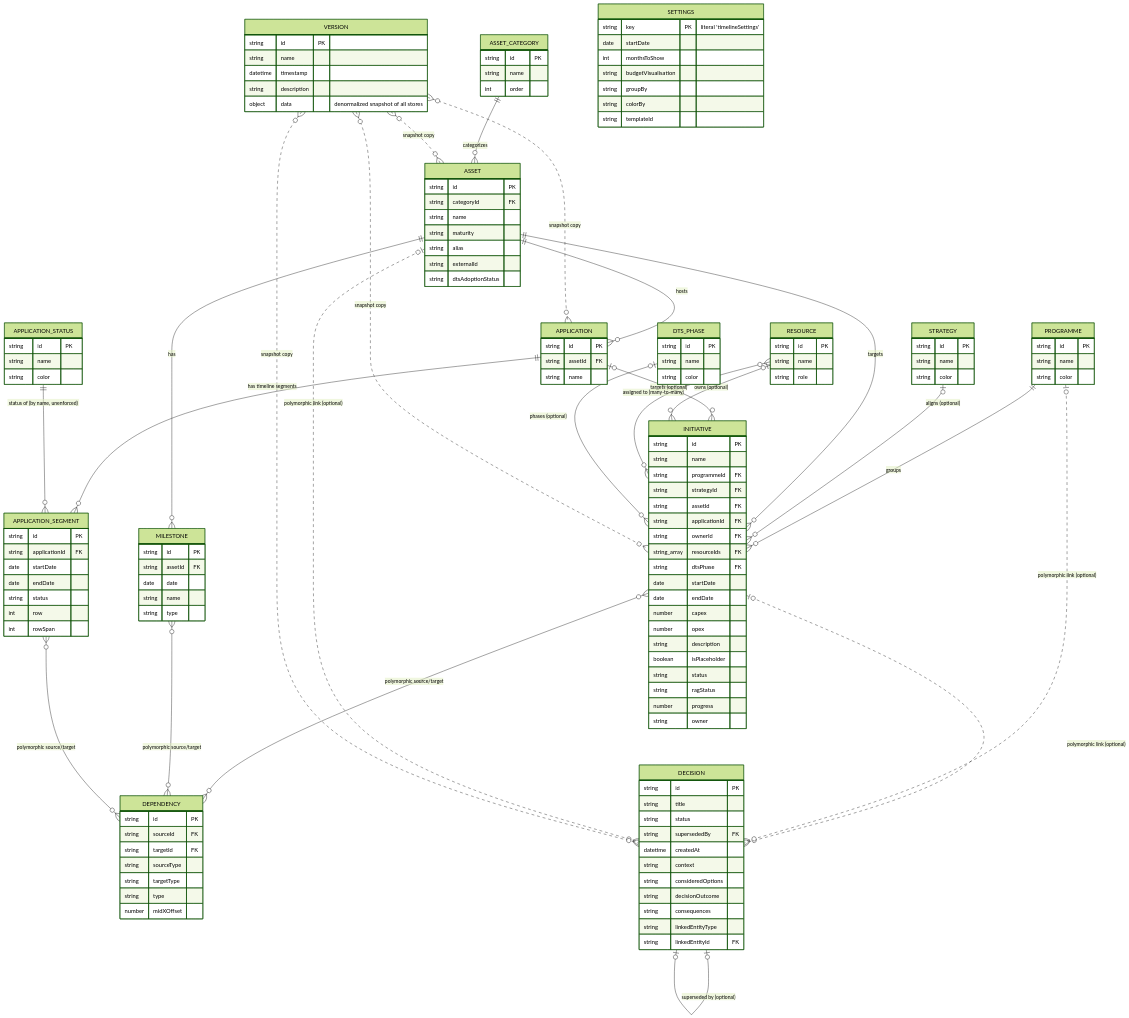
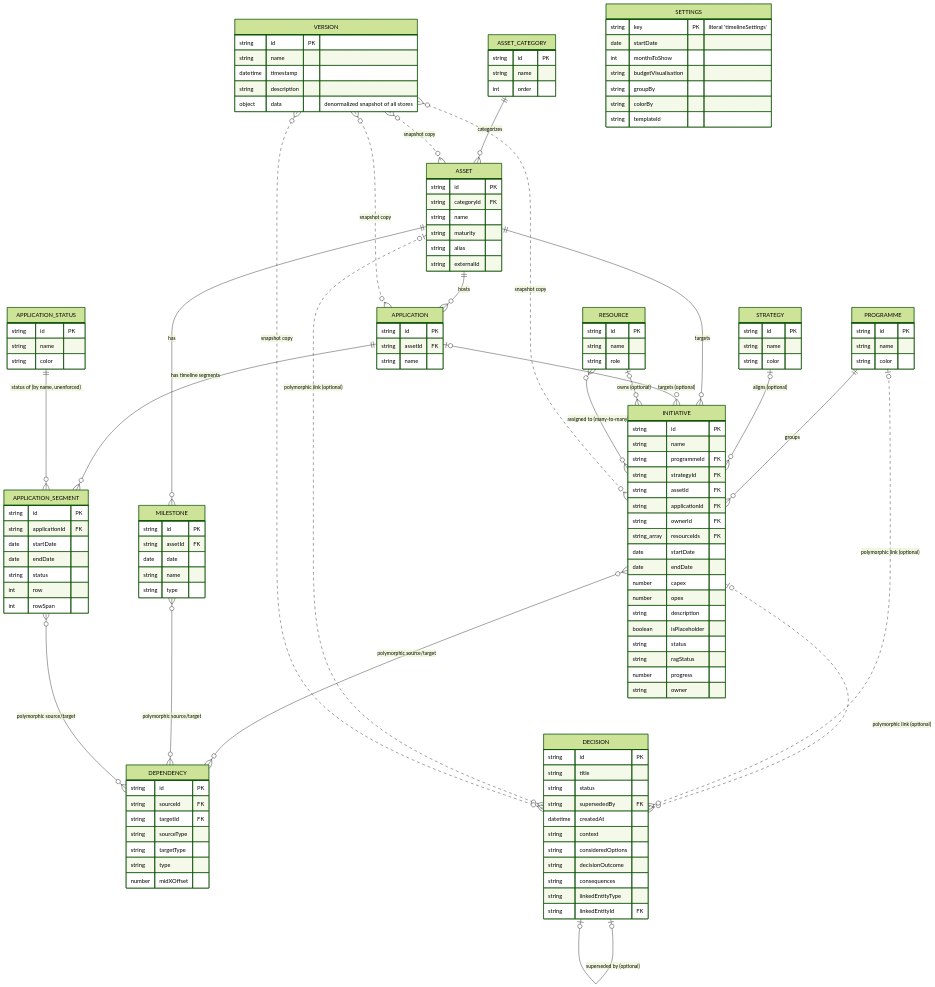
The first of 3 diagrams in docs/database-diagram.md (nofanto/Selara), drawn with Mermaid (forest theme) before and after one commit. The commit also changed other lines of this file and 65 other files, not shown here.

```diff
--- a/docs/database-diagram.md
+++ b/docs/database-diagram.md
@@ -36,7 +36,6 @@
         string maturity
         string alias
         string externalId
-        string dtsAdoptionStatus
     }
 
     APPLICATION {
@@ -61,12 +60,6 @@
         string color
     }
 
-    DTS_PHASE {
-        string id PK
-        string name
-        string color
-    }
-
     RESOURCE {
         string id PK
         string name
@@ -82,7 +75,6 @@
         string applicationId FK
         string ownerId FK
         string_array resourceIds FK
-        string dtsPhase FK
         date startDate
         date endDate
         number capex
@@ -157,7 +149,6 @@
     APPLICATION |o--o{ INITIATIVE : "targets (optional)"
     RESOURCE |o--o{ INITIATIVE : "owns (optional)"
     RESOURCE }o--o{ INITIATIVE : "assigned to (many-to-many)"
-    DTS_PHASE |o--o{ INITIATIVE : "phases (optional)"
 
     INITIATIVE }o--o{ DEPENDENCY : "polymorphic source/target"
     MILESTONE }o--o{ DEPENDENCY : "polymorphic source/target"
```
